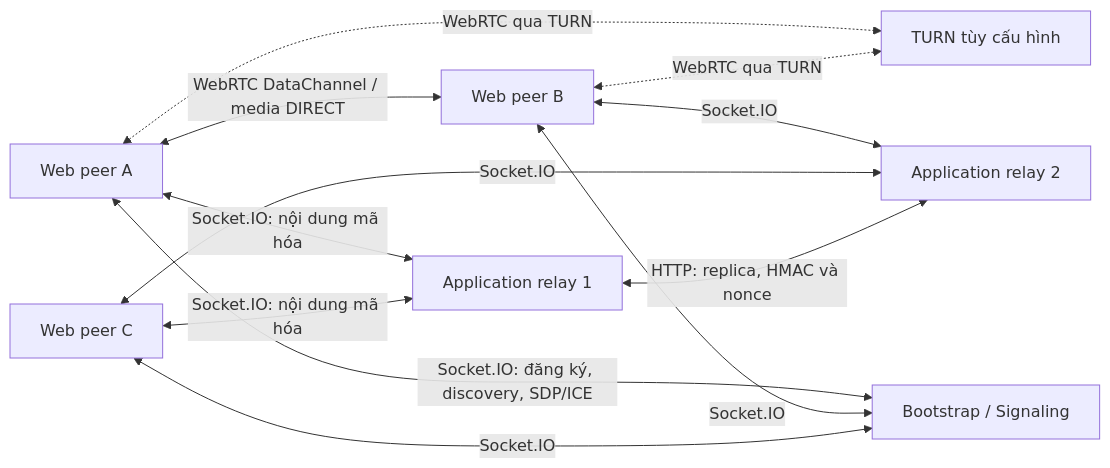
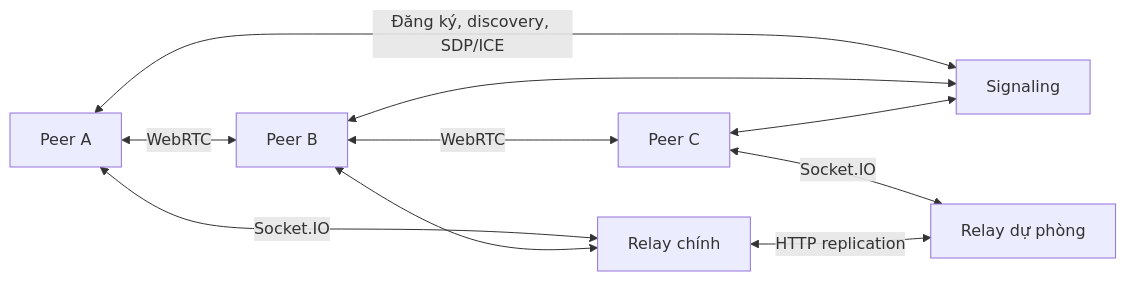
The diagram in README.md (Ngocnguyen055/DS01), drawn with Mermaid before and after one commit. The commit also changed other lines of this file and 3 other files, not shown here.

````diff
--- a/README.md
+++ b/README.md
@@ -40,22 +46,12 @@
 ```mermaid
 flowchart LR
-    A["Web peer A"]
-    B["Web peer B"]
-    C["Web peer C"]
-    S["Bootstrap / Signaling"]
-    R1["Application relay 1"]
-    R2["Application relay 2"]
-    T["TURN tùy cấu hình"]
-
-    A <-->|Socket.IO: đăng ký, discovery, SDP/ICE| S
-    B <-->|Socket.IO| S
-    C <-->|Socket.IO| S
-    A <-->|WebRTC DataChannel / media DIRECT| B
-    A <-->|Socket.IO: nội dung mã hóa| R1
-    C <-->|Socket.IO: nội dung mã hóa| R1
-    B <-->|Socket.IO| R2
-    C <-->|Socket.IO| R2
-    R1 <-->|HTTP: replica, HMAC và nonce| R2
-    A <-.->|WebRTC qua TURN| T
-    B <-.->|WebRTC qua TURN| T
+    A[Peer A] <-->|WebRTC| B[Peer B]
+    B <-->|WebRTC| C[Peer C]
+    A <-->|Đăng ký, discovery, SDP/ICE| S[Signaling]
+    B <--> S
+    C <--> S
+    A <-->|Socket.IO| R1[Relay chính]
+    B <--> R1
+    C <-->|Socket.IO| R2[Relay dự phòng]
+    R1 <-->|HTTP replication| R2
 ```
````
